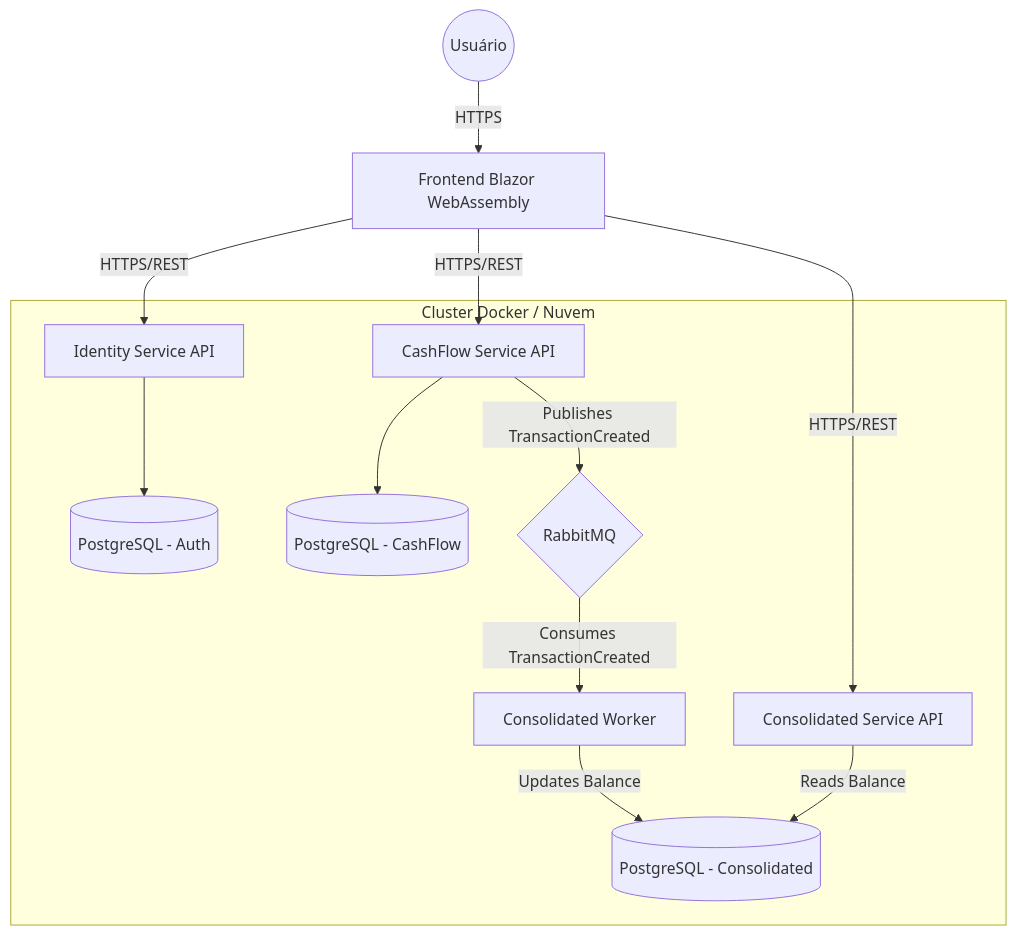
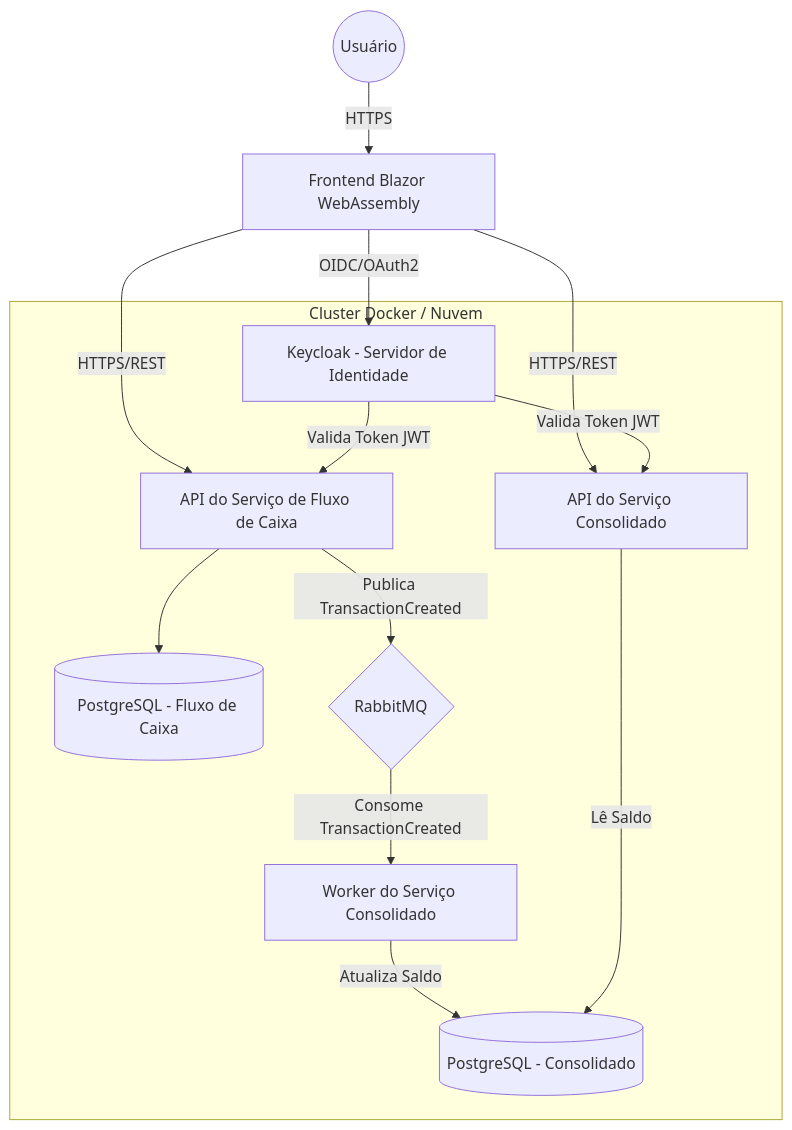
The diagram in docs/ARCHITECTURE.md (rafaelchampion/desafio-verity-cashflow), drawn with Mermaid before and after one commit.

Commit message:
Ajuste arquitetura C4

````diff
--- a/docs/ARCHITECTURE.md
+++ b/docs/ARCHITECTURE.md
@@ -9,31 +9,31 @@
 ```mermaid
 graph TD
     User((Usuário))
     Client[Frontend Blazor WebAssembly]
 
     subgraph "Cluster Docker / Nuvem"
-        IdentityAPI[Identity Service API]
-        CashFlowAPI[CashFlow Service API]
-        ConsolidatedAPI[Consolidated Service API]
-        Worker[Consolidated Worker]
+        Keycloak[Keycloak - Servidor de Identidade]
+        CashFlowAPI[API do Serviço de Fluxo de Caixa]
+        ConsolidatedAPI[API do Serviço Consolidado]
+        Worker[Worker do Serviço Consolidado]
 
-        DB_Auth[(PostgreSQL - Auth)]
-        DB_CashFlow[(PostgreSQL - CashFlow)]
-        DB_Consolidated[(PostgreSQL - Consolidated)]
+        DB_CashFlow[(PostgreSQL - Fluxo de Caixa)]
+        DB_Consolidated[(PostgreSQL - Consolidado)]
 
         MessageBroker{RabbitMQ}
     end
 
     User -->|HTTPS| Client
-    Client -->|HTTPS/REST| IdentityAPI
+    Client -->|OIDC/OAuth2| Keycloak
     Client -->|HTTPS/REST| CashFlowAPI
     Client -->|HTTPS/REST| ConsolidatedAPI
 
-    IdentityAPI --> DB_Auth
+    Keycloak -->|Valida Token JWT| CashFlowAPI
+    Keycloak -->|Valida Token JWT| ConsolidatedAPI
     CashFlowAPI --> DB_CashFlow
-    CashFlowAPI -->|Publishes TransactionCreated| MessageBroker
+    CashFlowAPI -->|Publica TransactionCreated| MessageBroker
 
-    MessageBroker -->|Consumes TransactionCreated| Worker
-    Worker -->|Updates Balance| DB_Consolidated
-    ConsolidatedAPI -->|Reads Balance| DB_Consolidated
+    MessageBroker -->|Consome TransactionCreated| Worker
+    Worker -->|Atualiza Saldo| DB_Consolidated
+    ConsolidatedAPI -->|Lê Saldo| DB_Consolidated
 ```
````
